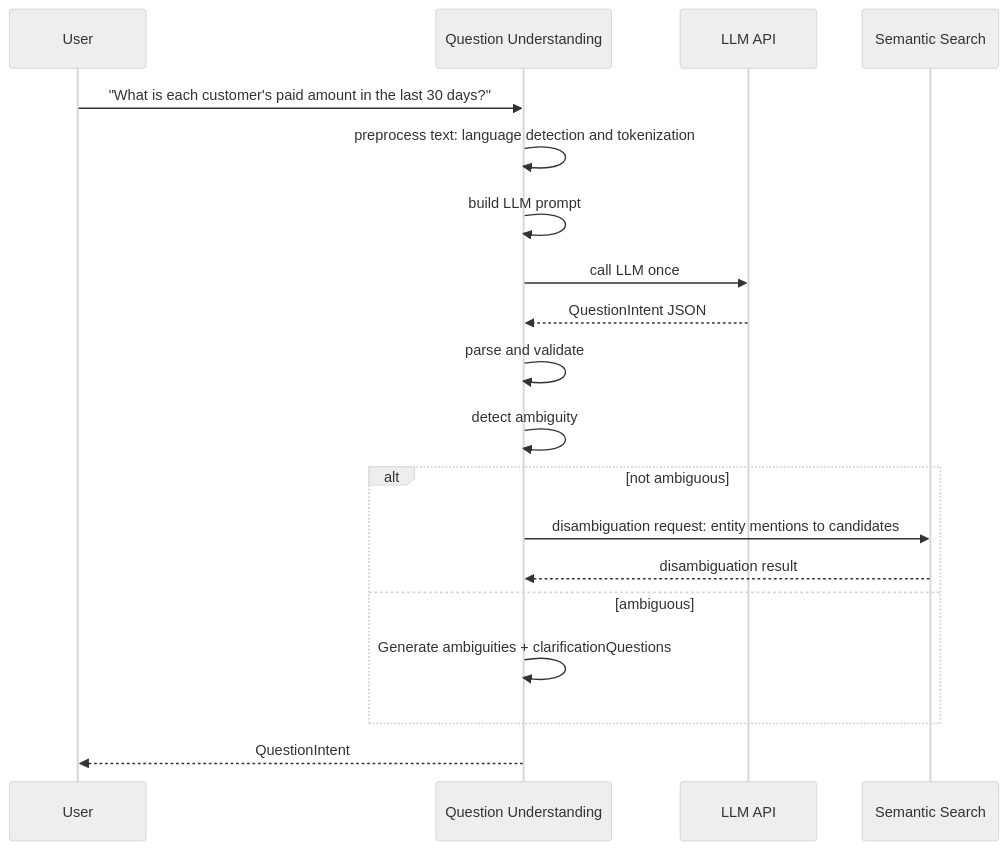
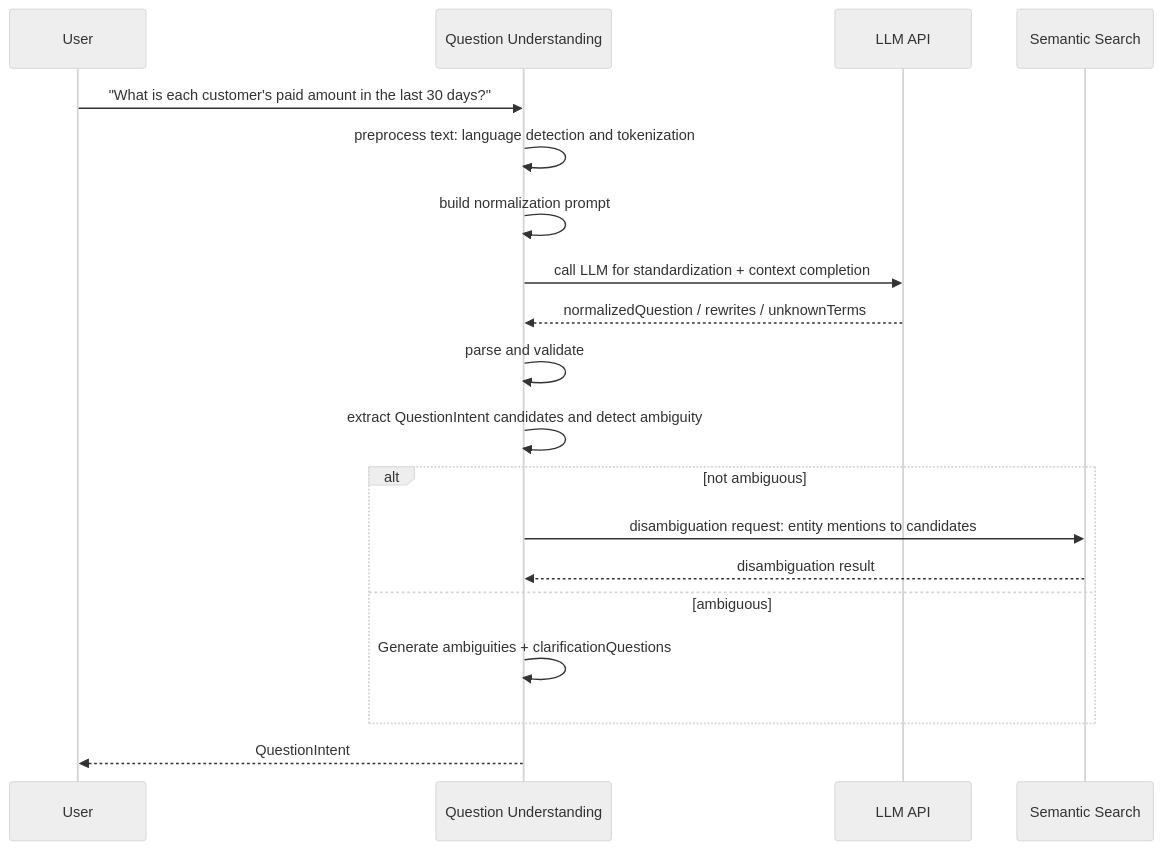
Before and after one commit to xiaoguang/relation-detector: the fourth of 4 diagrams in docs/design/semantic-layer/08-question-understanding.md, drawn with Mermaid (neutral theme). The commit also changed other lines of this file and 3 other files, not shown here.

````diff
--- a/docs/design/semantic-layer/08-question-understanding.md
+++ b/docs/design/semantic-layer/08-question-understanding.md
@@ -161,22 +165,22 @@
 ```mermaid
 sequenceDiagram
     participant User as User
     participant QU as Question Understanding
     participant API as LLM API
     participant SS as Semantic Search
 
     User->>QU: "What is each customer's paid amount in the last 30 days?"
     QU->>QU: preprocess text: language detection and tokenization
-    QU->>QU: build LLM prompt
-    QU->>API: call LLM once
-    API-->>QU: QuestionIntent JSON
+    QU->>QU: build normalization prompt
+    QU->>API: call LLM for standardization + context completion
+    API-->>QU: normalizedQuestion / rewrites / unknownTerms
     QU->>QU: parse and validate
-    QU->>QU: detect ambiguity
+    QU->>QU: extract QuestionIntent candidates and detect ambiguity
     alt not ambiguous
         QU->>SS: disambiguation request: entity mentions to candidates
         SS-->>QU: disambiguation result
     else ambiguous
         QU->>QU: Generate ambiguities + clarificationQuestions
     end
     QU-->>User: QuestionIntent
 ```
````
